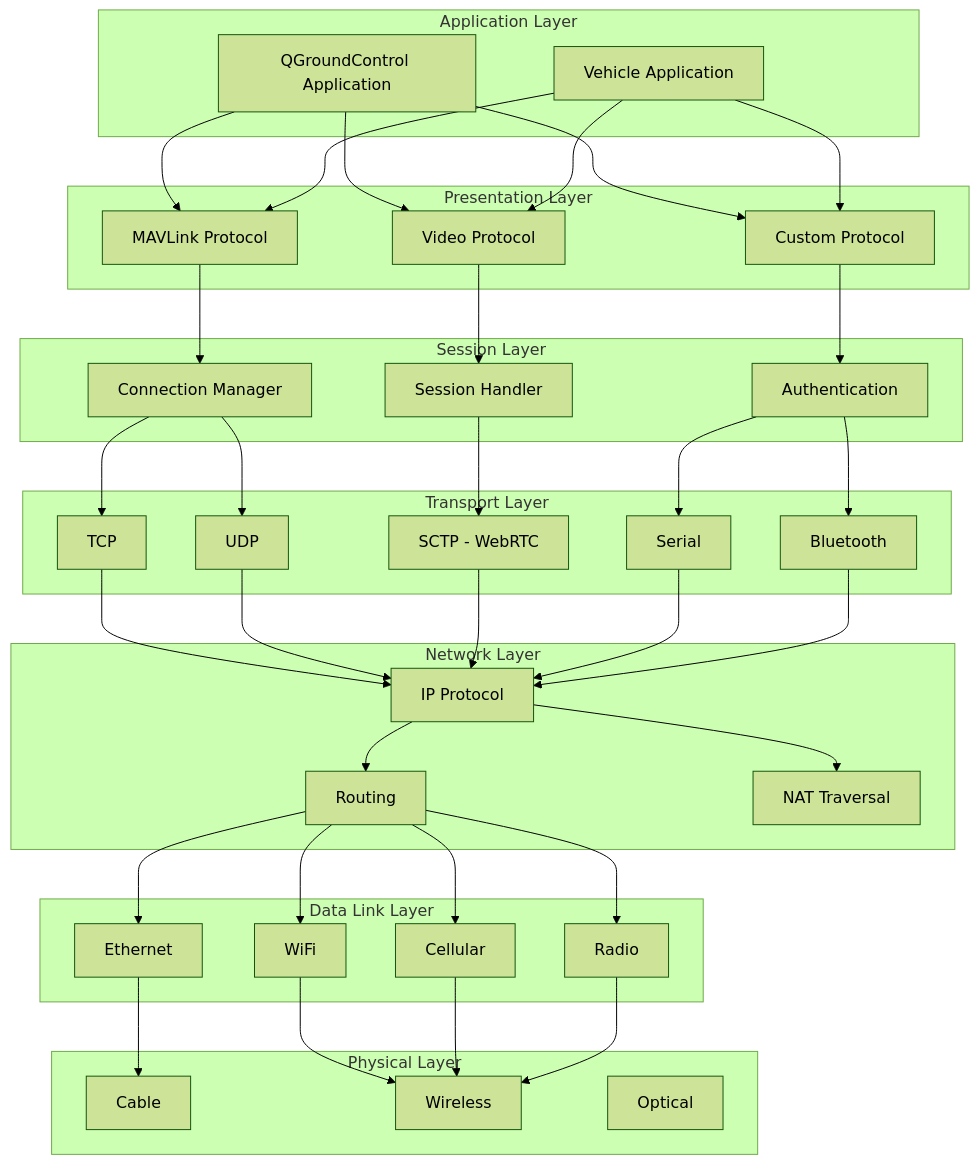
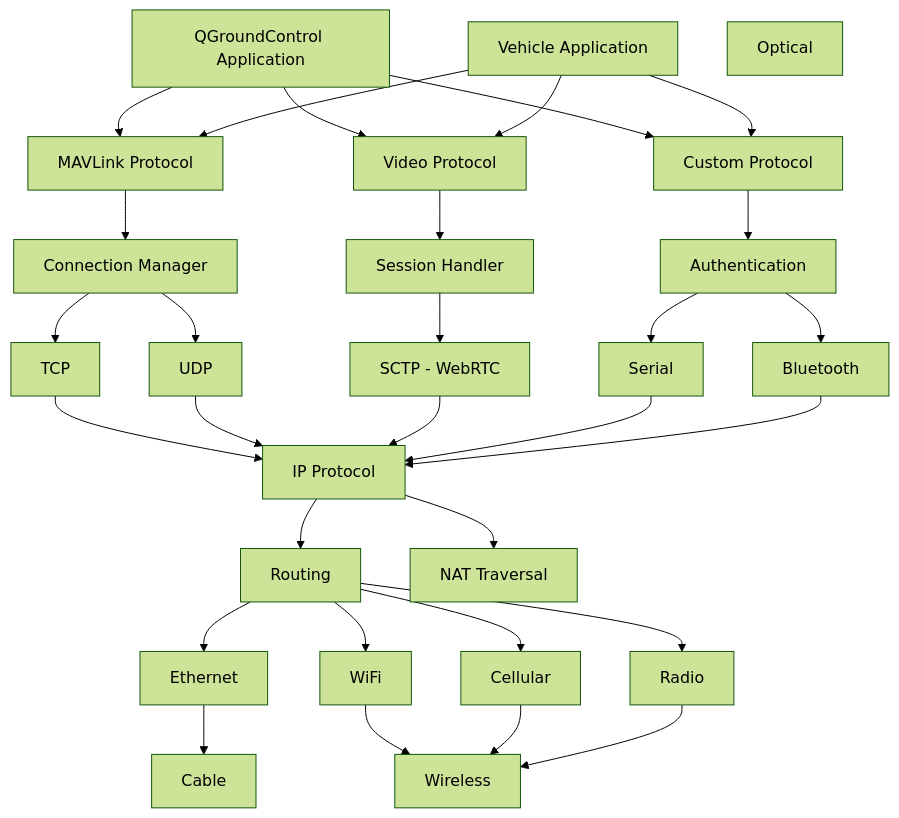
Before and after one commit to hsgang/qgroundcontrol: the fourth of 8 diagrams in QGroundControl_Data_Video_Architecture.md, drawn with Mermaid (forest theme). The commit also changed other lines of this file, not shown here.

````diff
--- a/QGroundControl_Data_Video_Architecture.md
+++ b/QGroundControl_Data_Video_Architecture.md
@@ -266,48 +232,34 @@
 ```mermaid
 graph TD
-    subgraph "Application Layer"
-        QGCApp[QGroundControl Application]
-        VehicleApp[Vehicle Application]
-    end
+    QGCApp[QGroundControl Application]
+    VehicleApp[Vehicle Application]
     
-    subgraph "Presentation Layer"
-        MAVLinkProtocol[MAVLink Protocol]
-        VideoProtocol[Video Protocol]
-        CustomProtocol[Custom Protocol]
-    end
+    MAVLinkProtocol[MAVLink Protocol]
+    VideoProtocol[Video Protocol]
+    CustomProtocol[Custom Protocol]
     
-    subgraph "Session Layer"
-        ConnectionManager[Connection Manager]
-        SessionHandler[Session Handler]
-        Authentication[Authentication]
-    end
+    ConnectionManager[Connection Manager]
+    SessionHandler[Session Handler]
+    Authentication[Authentication]
     
-    subgraph "Transport Layer"
-        TCP[TCP]
-        UDP[UDP]
-        SCTP[SCTP - WebRTC]
-        Serial[Serial]
-        Bluetooth[Bluetooth]
-    end
+    TCP[TCP]
+    UDP[UDP]
+    SCTP[SCTP - WebRTC]
+    Serial[Serial]
+    Bluetooth[Bluetooth]
     
-    subgraph "Network Layer"
-        IP[IP Protocol]
-        Routing[Routing]
-        NAT[NAT Traversal]
-    end
+    IP[IP Protocol]
+    Routing[Routing]
+    NAT[NAT Traversal]
     
-    subgraph "Data Link Layer"
-        Ethernet[Ethernet]
-        WiFi[WiFi]
-        Cellular[Cellular]
-        Radio[Radio]
-    end
+    Ethernet[Ethernet]
+    WiFi[WiFi]
+    Cellular[Cellular]
+    Radio[Radio]
     
-    subgraph "Physical Layer"
-        Cable[Cable]
-        Wireless[Wireless]
-        Optical[Optical]
-    end
+    Cable[Cable]
+    Wireless[Wireless]
+    Optical[Optical]
     
     QGCApp --> MAVLinkProtocol
     QGCApp --> VideoProtocol
````
